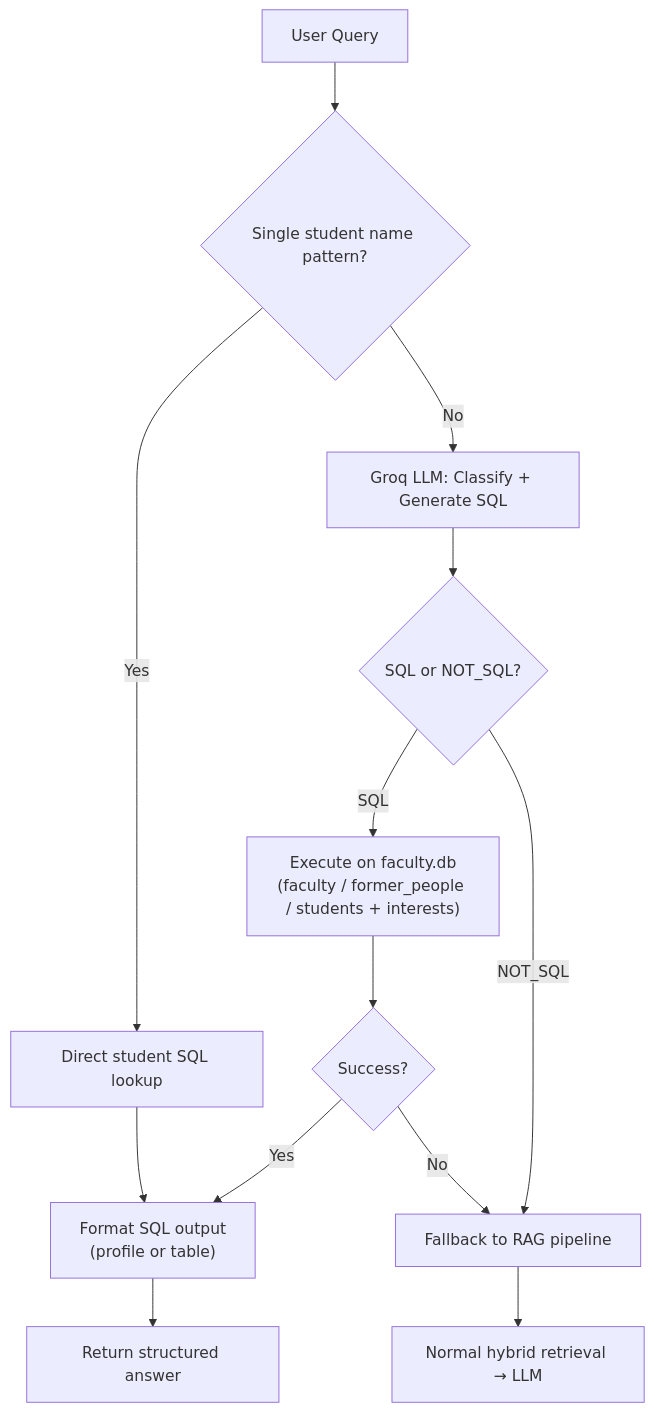
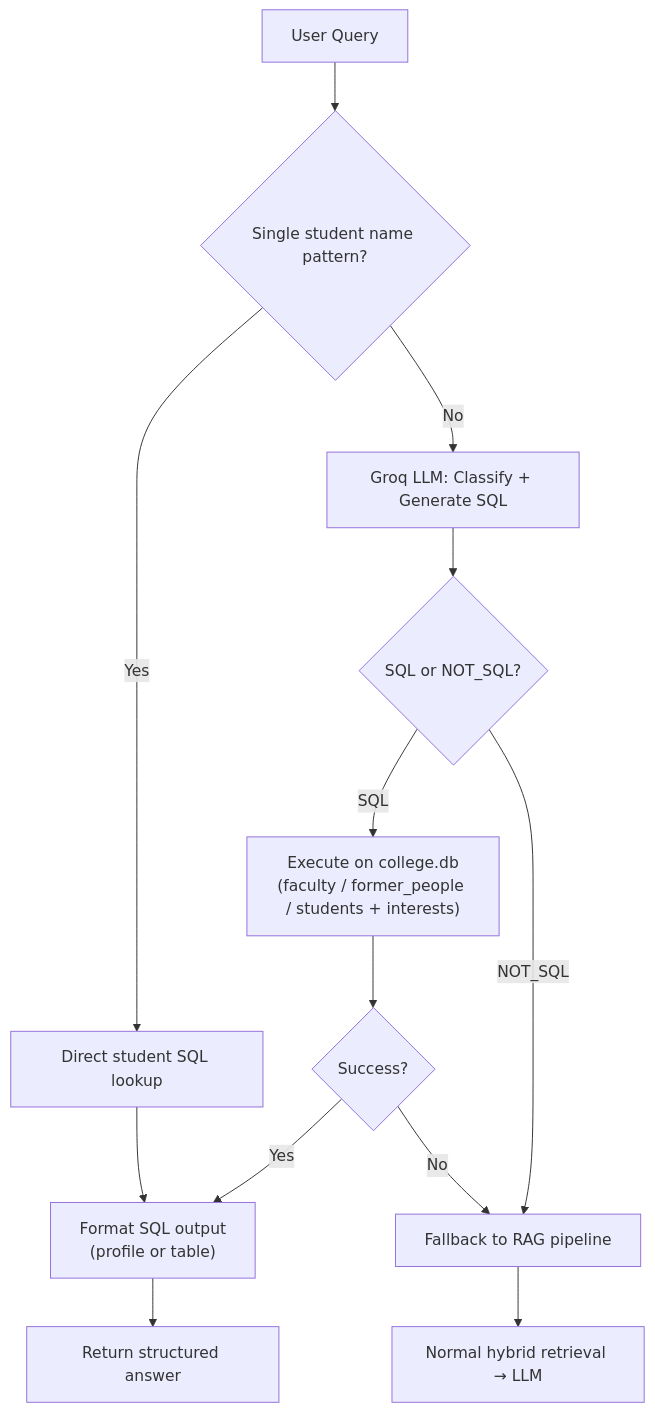
Diagram 13 of 17 in WORKING.md (arxhr007/sahrdaya_ragx), drawn with Mermaid before and after one commit. The commit also changed other lines of this file and 19 other files, not shown here.

````diff
--- a/WORKING.md
+++ b/WORKING.md
@@ -693,15 +693,15 @@
 ```mermaid
 flowchart TD
   A["User Query"] --> A1{Single student name pattern?}
   A1 -->|Yes| A2["Direct student SQL lookup"]
   A1 -->|No| B["Groq LLM: Classify + Generate SQL"]
   B --> C{SQL or NOT_SQL?}
-  C -->|SQL| D["Execute on faculty.db\n(faculty / former_people / students + interests)"]
+  C -->|SQL| D["Execute on college.db\n(faculty / former_people / students + interests)"]
   D --> E{Success?}
   E -->|Yes| F["Format SQL output\n(profile or table)"]
   E -->|No| G["Fallback to RAG pipeline"]
   C -->|NOT_SQL| G
   A2 --> F
   F --> H["Return structured answer"]
   G --> I["Normal hybrid retrieval → LLM"]
 ```
````
